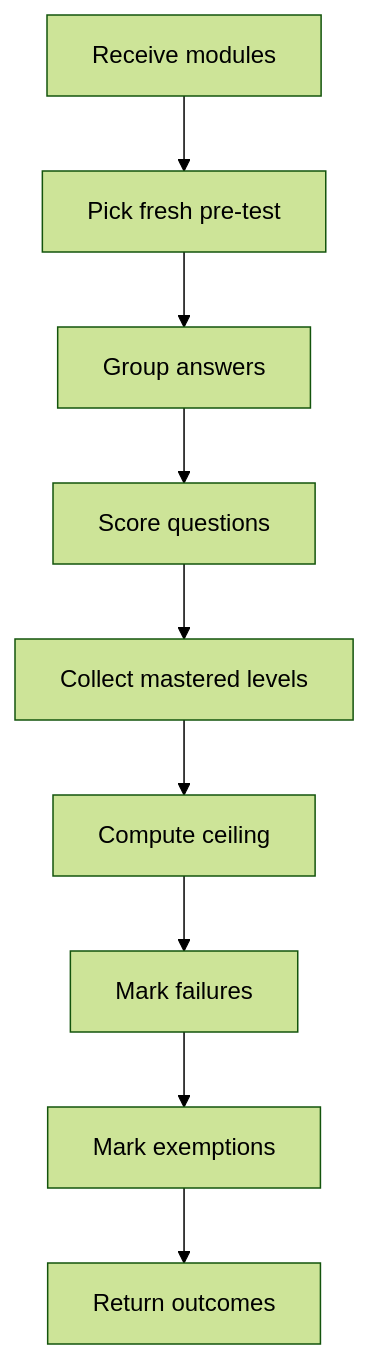
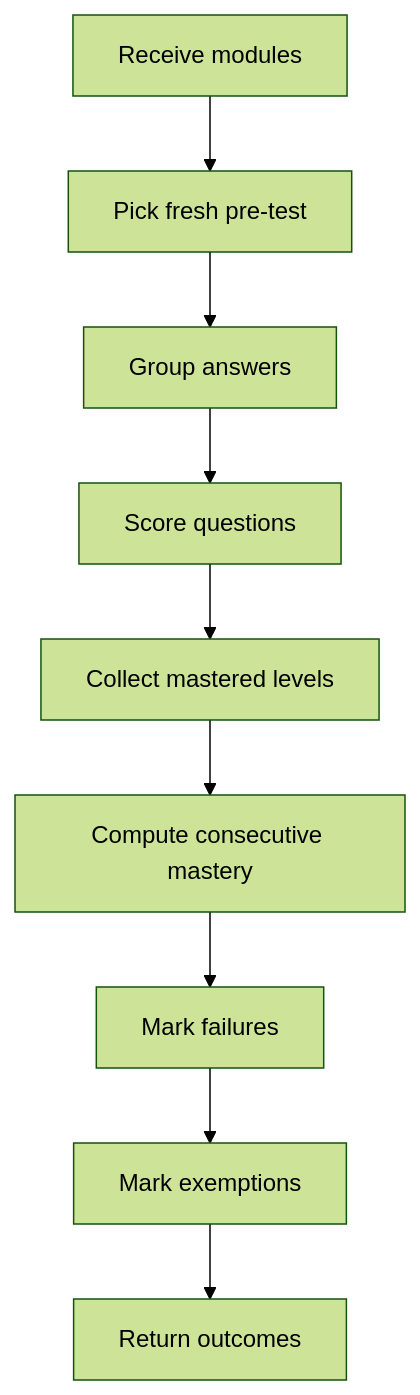
One commit to JohnAndrewBalbarosa/NeoTerritory changed the diagram in docs/Codebase/Frontend/src/logic/pretestModuleOutcomes.ts.md. Above: the diagram before and after it, drawn with Mermaid (forest theme). The commit also changed other lines of this file and 16 other files, not shown here.

Commit message:
Fix sequential learner pretest flow

````diff
--- a/docs/Codebase/Frontend/src/logic/pretestModuleOutcomes.ts.md
+++ b/docs/Codebase/Frontend/src/logic/pretestModuleOutcomes.ts.md
@@ -9,13 +9,13 @@
 ```mermaid
 flowchart TD
     Start["Receive modules"]
     N0["Pick fresh pre-test"]
     N1["Group answers"]
     N2["Score questions"]
     N3["Collect mastered levels"]
-    N4["Compute ceiling"]
+    N4["Compute consecutive mastery"]
     N5["Mark failures"]
     N6["Mark exemptions"]
     End["Return outcomes"]
     Start --> N0 --> N1 --> N2 --> N3 --> N4 --> N5 --> N6 --> End
 ```
````
